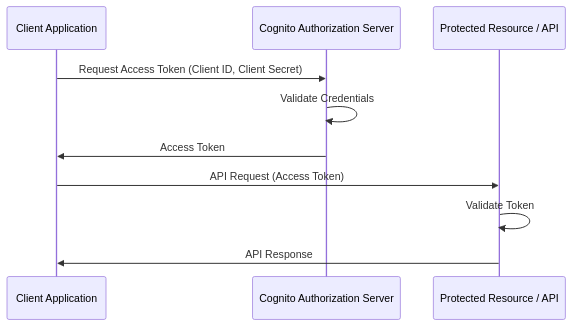
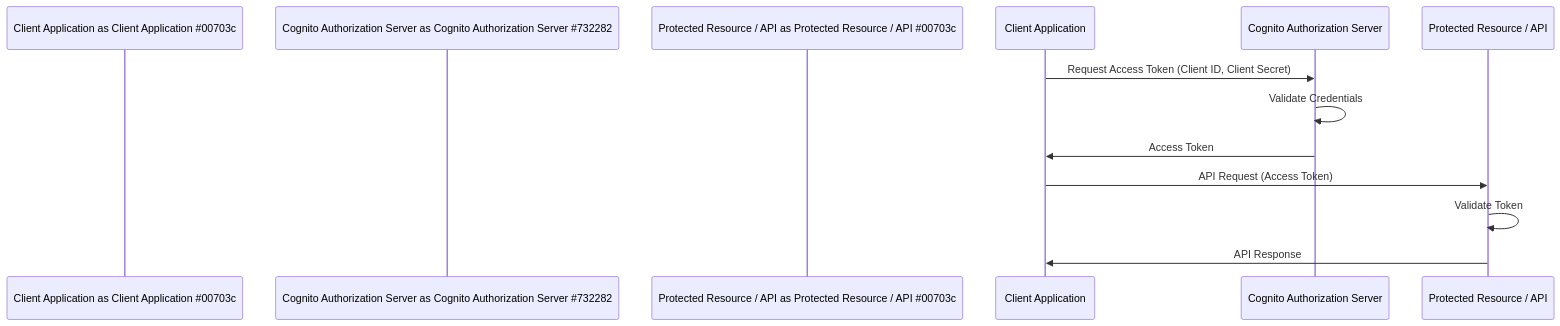
Before and after one commit to trade-tariff/trade-tariff-dev-hub-backend: the diagram in README.md, drawn with Mermaid.

Commit message:
BAU: Try colours

````diff
--- a/README.md
+++ b/README.md
@@ -9,13 +9,13 @@
 ```mermaid
 sequenceDiagram
-participant Client Application
-participant Cognito Authorization Server
-participant Protected Resource / API
+participant Client Application as Client Application #00703c
+participant Cognito Authorization Server as Cognito Authorization Server #732282
+participant Protected Resource / API as Protected Resource / API #00703c
 
 Client Application->>Cognito Authorization Server: Request Access Token (Client ID, Client Secret)
 Cognito Authorization Server->>Cognito Authorization Server: Validate Credentials
 Cognito Authorization Server->>Client Application: Access Token 
 Client Application->>Protected Resource / API: API Request (Access Token)
 Protected Resource / API->>Protected Resource / API: Validate Token
 Protected Resource / API->>Client Application: API Response 
 ```
````
